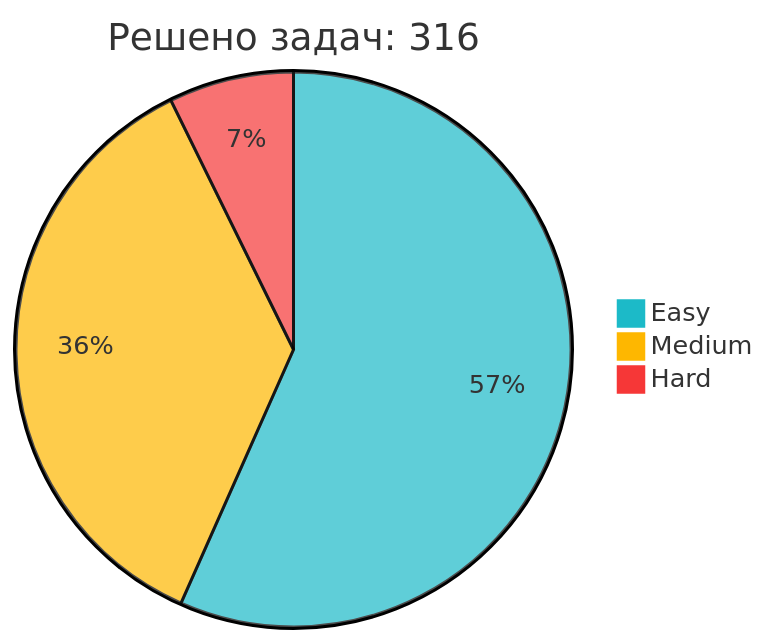
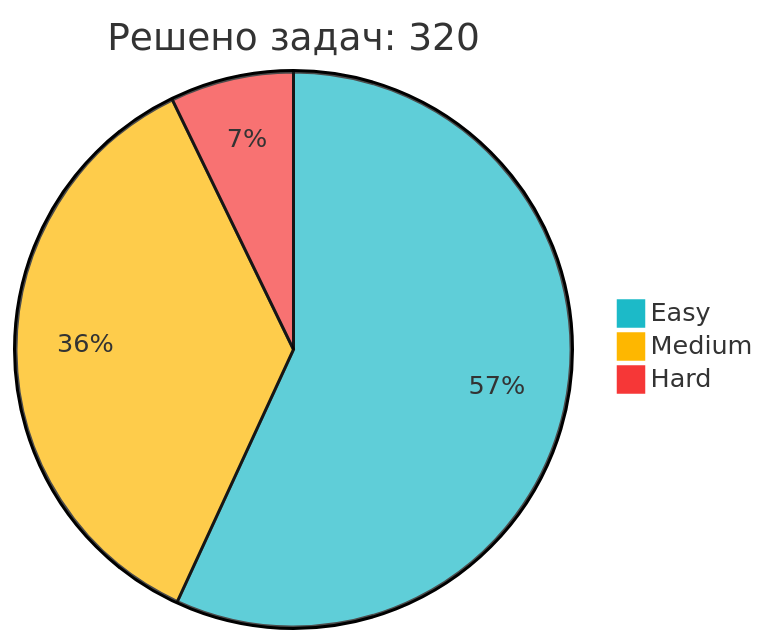
Before and after one commit to IliaKurdukov/IliaKurdukov: the diagram in README.md, drawn with Mermaid. The commit also changed other lines of this file, not shown here.

Commit message:
📈 Обновление статистики LeetCode

````diff
--- a/README.md
+++ b/README.md
@@ -51,7 +51,7 @@
 ```mermaid
 %%{init: {'theme': 'base', 'themeVariables': { 'pie1': '#1CBAC8', 'pie2': '#FEB700', 'pie3': '#F63737' }, 'config': {'width': 300, 'height': 200}}}%%
-pie title Решено задач: 316
-   "Easy" : 179
-   "Medium" : 114
+pie title Решено задач: 320
+   "Easy" : 182
+   "Medium" : 115
    "Hard" : 23
 ```
````
